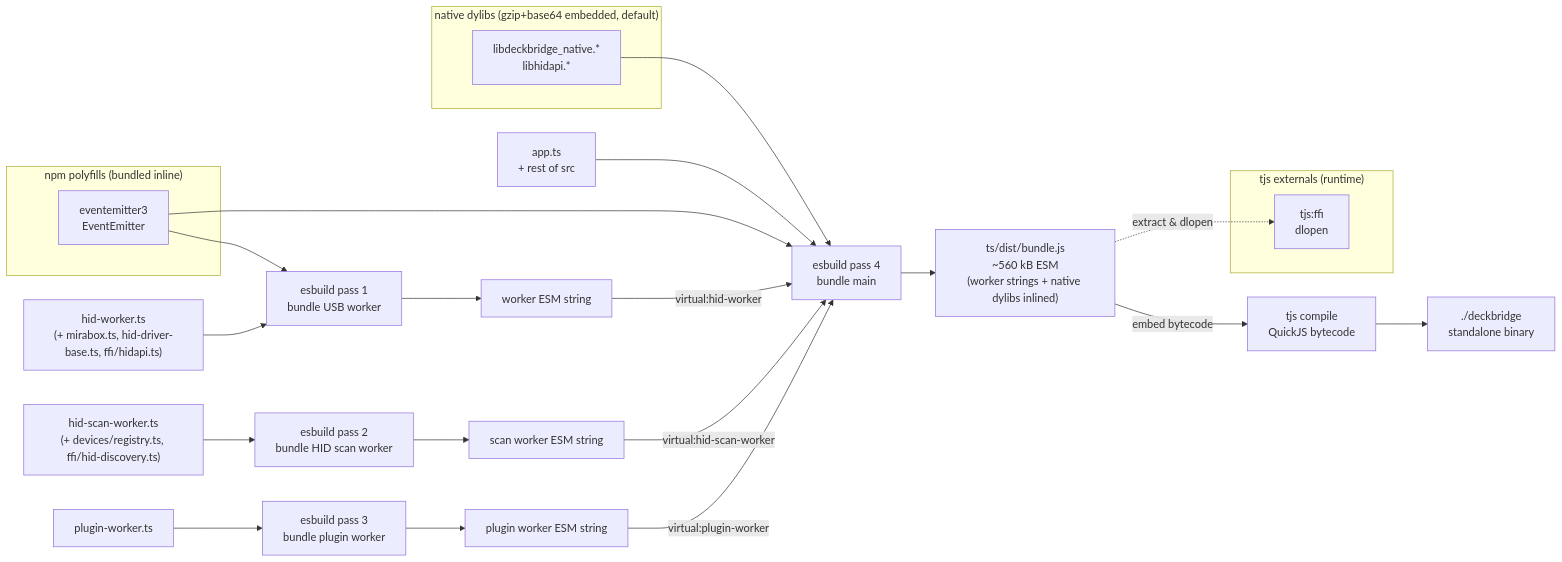
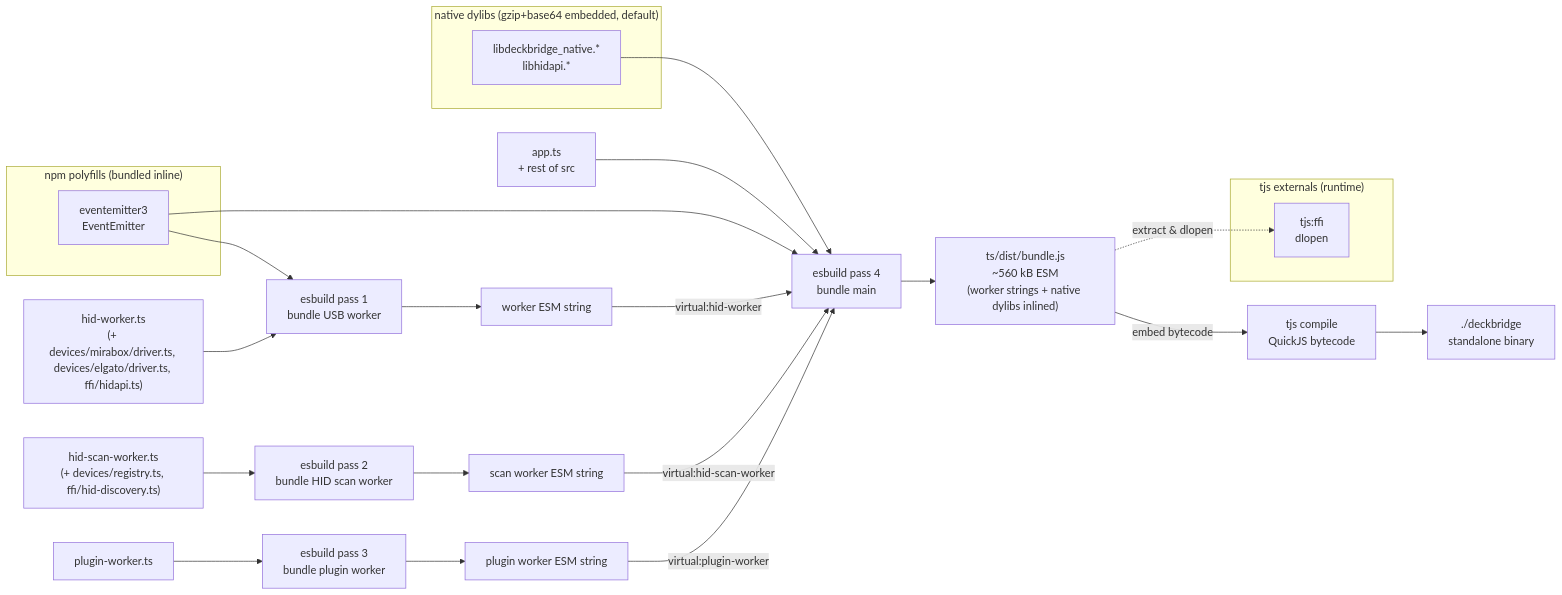
One commit to lukasMega/DeckBridge changed the second of 4 diagrams in docs/ARCHITECTURE.md. Above: the diagram before and after it, drawn with Mermaid. The commit also changed other lines of this file and 247 other files, not shown here.

````diff
--- a/docs/ARCHITECTURE.md
+++ b/docs/ARCHITECTURE.md
@@ -569,43 +569,43 @@
 ```mermaid
 
 flowchart LR
-    WTS["hid-worker.ts<br/>(+ mirabox.ts, hid-driver-base.ts, ffi/hidapi.ts)"]
+    WTS["hid-worker.ts<br/>(+ devices/mirabox/driver.ts, devices/elgato/driver.ts, ffi/hidapi.ts)"]
     SWTS["hid-scan-worker.ts<br/>(+ devices/registry.ts, ffi/hid-discovery.ts)"]
     PWTS["plugin-worker.ts"]
     TS["app.ts<br/>+ rest of src"]
     EB1["esbuild pass 1<br/>bundle USB worker"]
     EBS["esbuild pass 2<br/>bundle HID scan worker"]
     EBP["esbuild pass 3<br/>bundle plugin worker"]
     WSTR["worker ESM string"]
     SWSTR["scan worker ESM string"]
     PWSTR["plugin worker ESM string"]
     EB2["esbuild pass 4<br/>bundle main"]
     BUNDLE["ts/dist/bundle.js<br/>~560 kB ESM<br/>(worker strings + native dylibs inlined)"]
     TJSC["tjs compile<br/>QuickJS bytecode"]
     BIN["./deckbridge<br/>standalone binary"]
 
     WTS --> EB1 --> WSTR
     SWTS --> EBS --> SWSTR
     PWTS --> EBP --> PWSTR
     WSTR -->|"virtual:hid-worker"| EB2
     SWSTR -->|"virtual:hid-scan-worker"| EB2
     PWSTR -->|"virtual:plugin-worker"| EB2
     TS --> EB2 --> BUNDLE
     BUNDLE -->|"embed bytecode"| TJSC --> BIN
 
     subgraph "native dylibs (gzip+base64 embedded, default)"
         IMG_DL["libdeckbridge_native.*<br/>libhidapi.*"]
     end
     IMG_DL --> EB2
 
     subgraph "npm polyfills (bundled inline)"
         EE["eventemitter3<br/>EventEmitter"]
     end
     EE --> EB1
     EE --> EB2
 
     subgraph "tjs externals (runtime)"
         FFI["tjs:ffi<br/>dlopen"]
     end
     BUNDLE -.->|"extract & dlopen"| FFI
 ```
````
